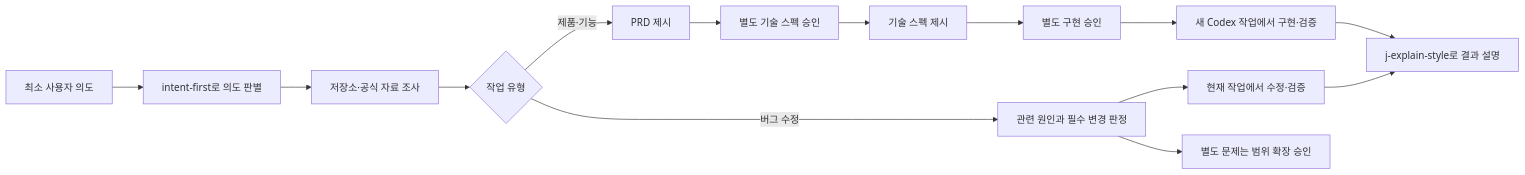
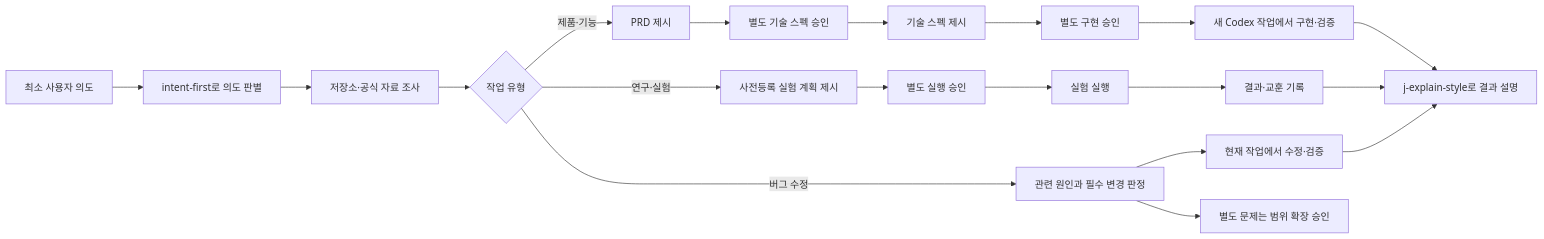
One commit to j-token/j-token-codex-workflow-kit changed the diagram in README.md. Above: the diagram before and after it, drawn with Mermaid. The commit also changed other lines of this file and 6 other files, not shown here.

Commit message:
feat: 연구 실험 문서 플로우 추가

````diff
--- a/README.md
+++ b/README.md
@@ -41,16 +48,21 @@
 ```mermaid
 flowchart LR
     A["최소 사용자 의도"] --> A1["intent-first로 의도 판별"]
     A1 --> B["저장소·공식 자료 조사"]
     B --> C{"작업 유형"}
     C -- "제품·기능" --> D["PRD 제시"]
     D --> E["별도 기술 스펙 승인"]
     E --> F["기술 스펙 제시"]
     F --> G["별도 구현 승인"]
     G --> H["새 Codex 작업에서 구현·검증"]
+    C -- "연구·실험" --> M["사전등록 실험 계획 제시"]
+    M --> N["별도 실행 승인"]
+    N --> O["실험 실행"]
+    O --> P["결과·교훈 기록"]
     C -- "버그 수정" --> I["관련 원인과 필수 변경 판정"]
     I --> J["현재 작업에서 수정·검증"]
     I --> K["별도 문제는 범위 확장 승인"]
     H --> L["j-explain-style로 결과 설명"]
+    P --> L
     J --> L
 ```
````
